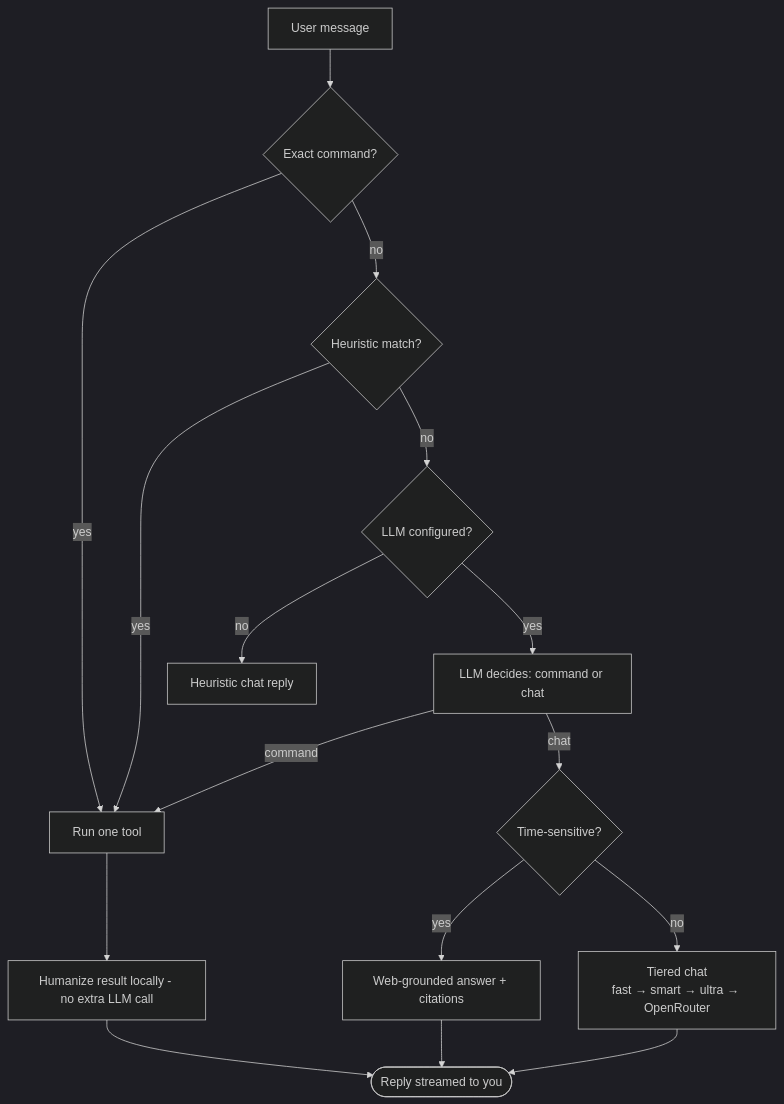
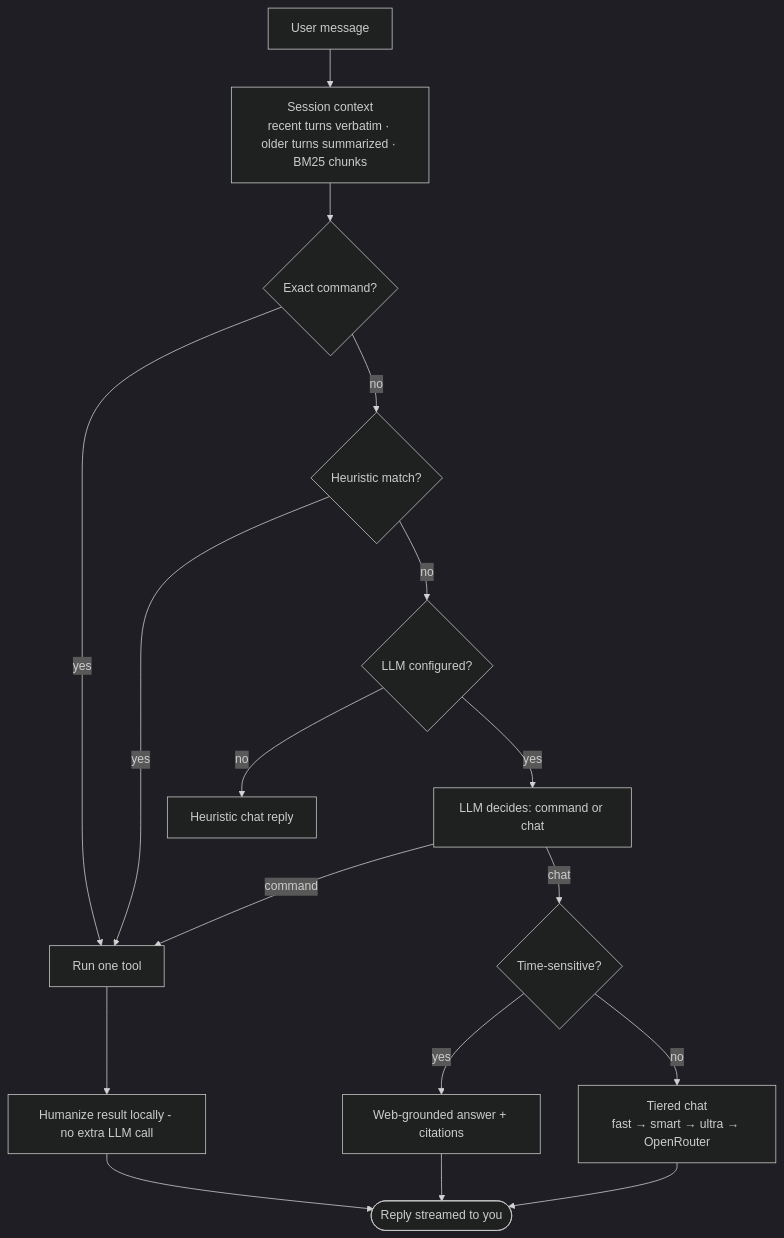
The second of 2 diagrams in README.md (JeevanReddy0828/Personal-AI-Agent-Assistant), drawn with Mermaid (dark theme) before and after one commit. The commit also changed 3 other files, not shown here.

Commit message:
Docs: session-context flow in README, watch-outs, version 0.42.0

````diff
--- a/README.md
+++ b/README.md
@@ -45,18 +45,19 @@
 ```mermaid
 flowchart TD
-  A[User message] --> B{Exact command?}
+  A[User message] --> CTX["Session context<br/>recent turns verbatim · older turns summarized · BM25 chunks"]
+  CTX --> B{Exact command?}
   B -->|yes| RUN[Run one tool]
   B -->|no| C{Heuristic match?}
   C -->|yes| RUN
   C -->|no| D{LLM configured?}
   D -->|no| H0[Heuristic chat reply]
   D -->|yes| E["LLM decides: command or chat"]
   E -->|command| RUN
   E -->|chat| F{Time-sensitive?}
   F -->|yes| WEB[Web-grounded answer + citations]
   F -->|no| G["Tiered chat<br/>fast → smart → ultra → OpenRouter"]
   RUN --> HUM[Humanize result locally - no extra LLM call]
   HUM --> OUT([Reply streamed to you])
   WEB --> OUT
   G --> OUT
 ```
````
